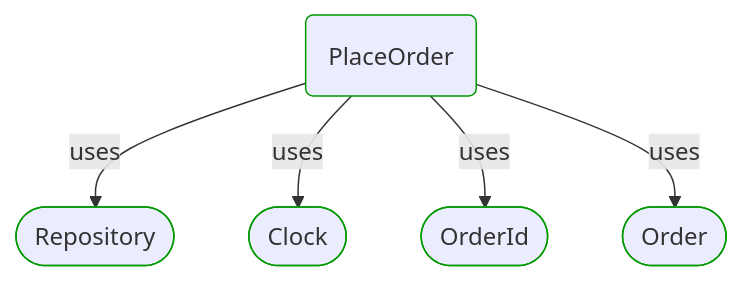
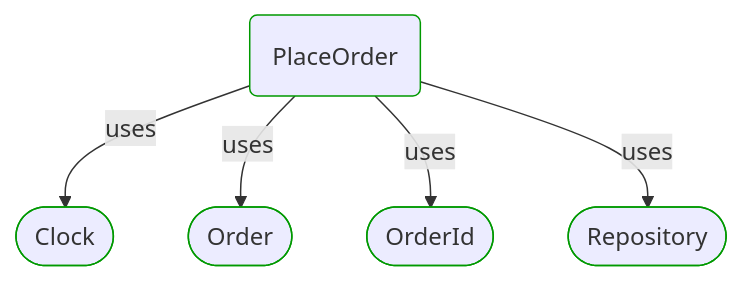
Before and after one commit to itlibrium/DDD-starter-dotnet: the second of 4 diagrams in Docs/P3/MermaidOutput/ProcessSteps/Sale/Wholesale ordering/PlaceOrder.md, drawn with Mermaid. The commit also changed 78 other files, not shown here.

````diff
--- a/Docs/P3/MermaidOutput/ProcessSteps/Sale/Wholesale ordering/PlaceOrder.md
+++ b/Docs/P3/MermaidOutput/ProcessSteps/Sale/Wholesale ordering/PlaceOrder.md
@@ -37,20 +37,20 @@
 ```mermaid
   flowchart TB
     0(PlaceOrder)
     class 0 DomainPerspective
-    1([Repository])
+    1([Clock])
     class 1 DomainPerspective
     0-->|uses|1
-    2([Clock])
+    2([Order])
     class 2 DomainPerspective
     0-->|uses|2
     3([OrderId])
     class 3 DomainPerspective
     0-->|uses|3
-    4([Order])
+    4([Repository])
     class 4 DomainPerspective
     0-->|uses|4
     classDef DomainPerspective stroke:#009900
     classDef TechnologyPerspective stroke:#1F41EB
     classDef PeoplePerspective stroke:#FFF014
 ```
````
